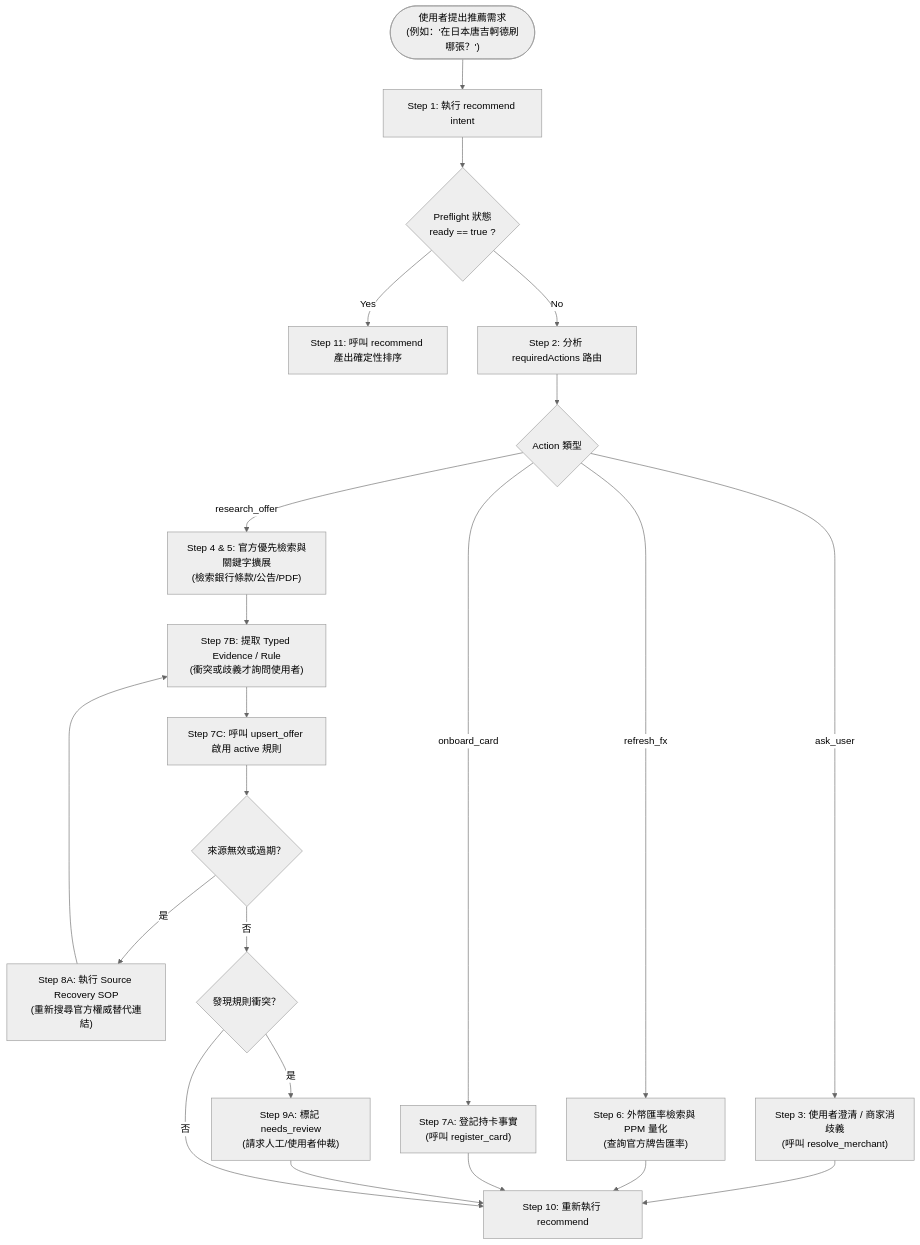
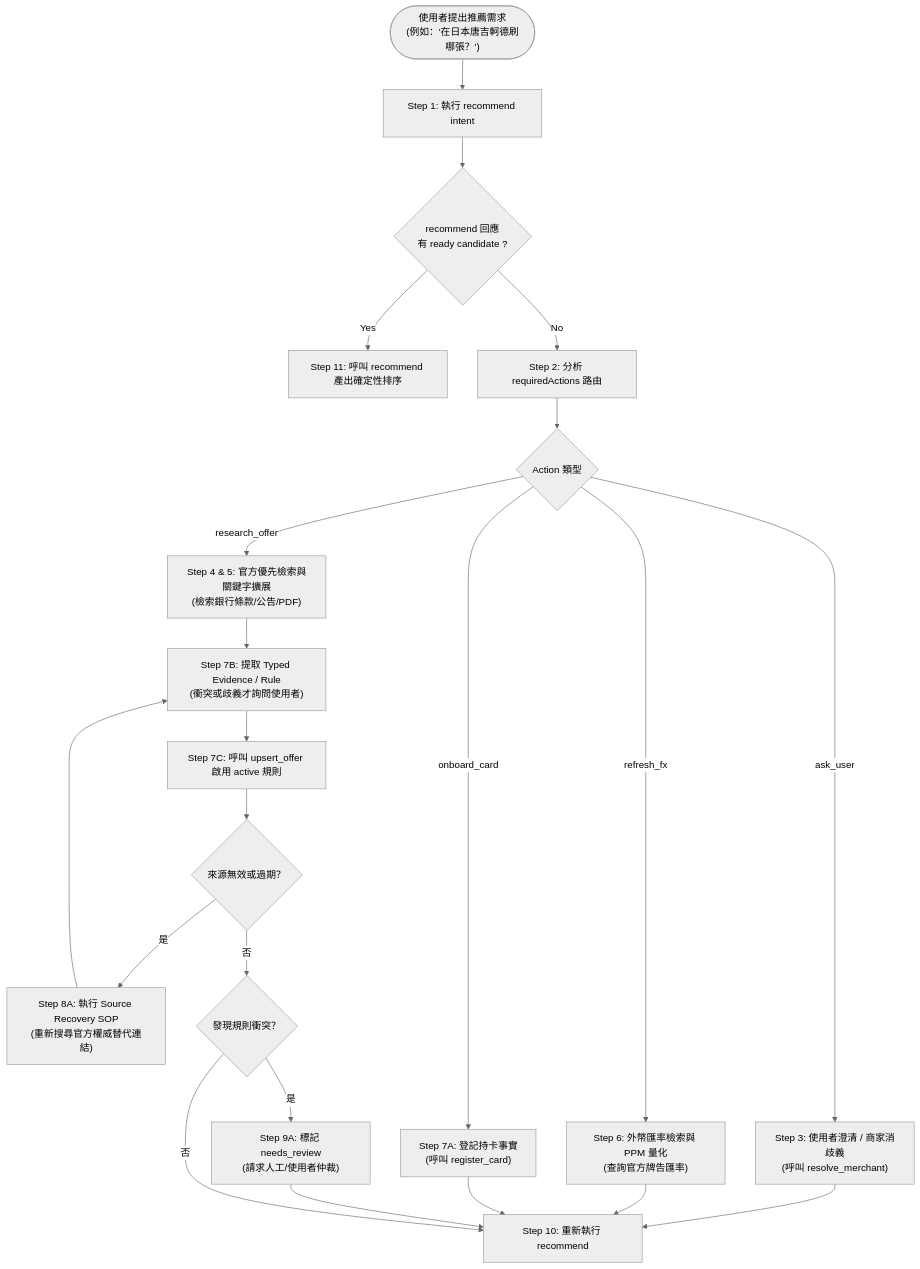
One commit to acetaxxxx/taiwan-card-rewards-mcp changed the diagram in docs/agents/agent-research-skill-and-preflight-sop.md. Above: the diagram before and after it, drawn with Mermaid (neutral theme). The commit also changed other lines of this file and 80 other files, not shown here.

````diff
--- a/docs/agents/agent-research-skill-and-preflight-sop.md
+++ b/docs/agents/agent-research-skill-and-preflight-sop.md
@@ -72,29 +55,29 @@
 ```mermaid
 flowchart TD
     Start(["使用者提出推薦需求\n(例如：'在日本唐吉軻德刷哪張？')"]) --> Step1["Step 1: 執行 recommend intent"]
-    Step1 --> CheckReady{"Preflight 狀態\nready == true ?"}
+    Step1 --> CheckReady{"recommend 回應\n有 ready candidate ?"}
 
     CheckReady -- Yes --> Step11["Step 11: 呼叫 recommend 產出確定性排序"]
 
     CheckReady -- No --> Step2["Step 2: 分析 requiredActions 路由"]
 
     Step2 --> ActionRouter{Action 類型}
     ActionRouter -- ask_user --> Step3["Step 3: 使用者澄清 / 商家消歧義\n(呼叫 resolve_merchant)"]
     ActionRouter -- refresh_fx --> Step6["Step 6: 外幣匯率檢索與 PPM 量化\n(查詢官方牌告匯率)"]
     ActionRouter -- research_offer --> Step4["Step 4 & 5: 官方優先檢索與關鍵字擴展\n(檢索銀行條款/公告/PDF)"]
     ActionRouter -- onboard_card --> Step7A["Step 7A: 登記持卡事實\n(呼叫 register_card)"]
 
     Step3 --> Step10["Step 10: 重新執行 recommend"]
     Step6 --> Step10
     Step7A --> Step10
 
     Step4 --> Step7B["Step 7B: 提取 Typed Evidence / Rule\n(衝突或歧義才詢問使用者)"]
     Step7B --> Step7C["Step 7C: 呼叫 upsert_offer 啟用 active 規則"]
     Step7C --> Step8{"來源無效或過期？"}
     Step8 -- 是 --> Step8A["Step 8A: 執行 Source Recovery SOP\n(重新搜尋官方權威替代連結)"]
     Step8A --> Step7B
     Step8 -- 否 --> Step9{"發現規則衝突？"}
     Step9 -- 是 --> Step9A["Step 9A: 標記 needs_review\n(請求人工/使用者仲裁)"]
     Step9A --> Step10
     Step9 -- 否 --> Step10
 ```
````
